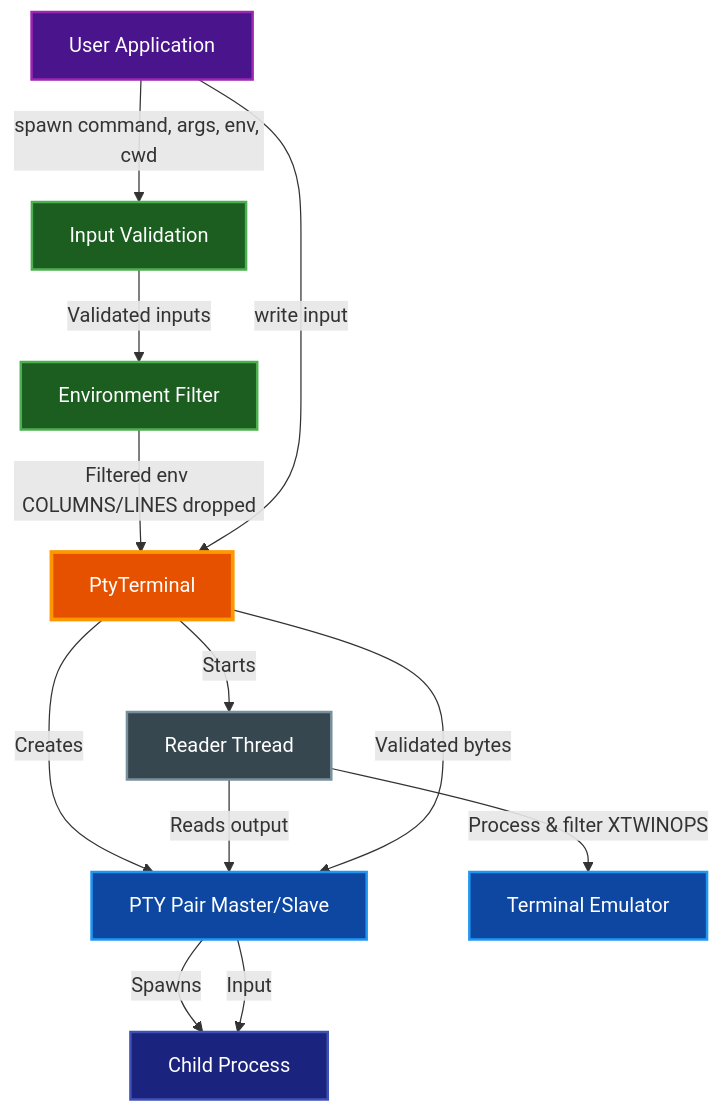
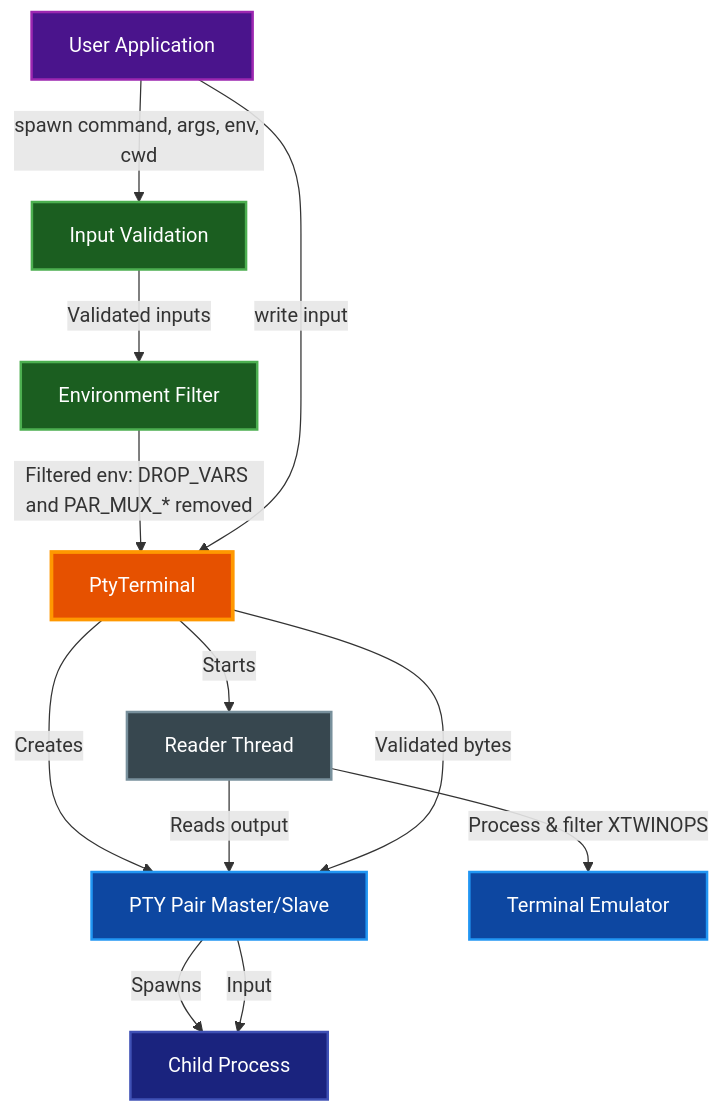
The diagram in docs/SECURITY.md (paulrobello/par-term-emu-core-rust), drawn with Mermaid before and after one commit. The commit also changed other lines of this file and 1 other file, not shown here.

First line of the commit message:
docs: DOC-114 state the full inherited-env drop list once

````diff
--- a/docs/SECURITY.md
+++ b/docs/SECURITY.md
@@ -82,32 +82,32 @@
 ```mermaid
 graph TB
     User[User Application]
     PTY[PtyTerminal]
     Validate[Input Validation]
     EnvFilter[Environment Filter]
     PtyPair[PTY Pair Master/Slave]
     ChildProc[Child Process]
     ReaderThread[Reader Thread]
     Terminal[Terminal Emulator]
 
     User -->|spawn command, args, env, cwd| Validate
     Validate -->|Validated inputs| EnvFilter
-    EnvFilter -->|Filtered env COLUMNS/LINES dropped| PTY
+    EnvFilter -->|Filtered env: DROP_VARS and PAR_MUX_* removed| PTY
     PTY -->|Creates| PtyPair
     PtyPair -->|Spawns| ChildProc
     PTY -->|Starts| ReaderThread
     ReaderThread -->|Reads output| PtyPair
     ReaderThread -->|Process & filter XTWINOPS| Terminal
     User -->|write input| PTY
     PTY -->|Validated bytes| PtyPair
     PtyPair -->|Input| ChildProc
 
     style User fill:#4a148c,stroke:#9c27b0,stroke-width:2px,color:#ffffff
     style Validate fill:#1b5e20,stroke:#4caf50,stroke-width:2px,color:#ffffff
     style EnvFilter fill:#1b5e20,stroke:#4caf50,stroke-width:2px,color:#ffffff
     style PTY fill:#e65100,stroke:#ff9800,stroke-width:3px,color:#ffffff
     style PtyPair fill:#0d47a1,stroke:#2196f3,stroke-width:2px,color:#ffffff
     style ChildProc fill:#1a237e,stroke:#3f51b5,stroke-width:2px,color:#ffffff
     style ReaderThread fill:#37474f,stroke:#78909c,stroke-width:2px,color:#ffffff
     style Terminal fill:#0d47a1,stroke:#2196f3,stroke-width:2px,color:#ffffff
 ```
````
